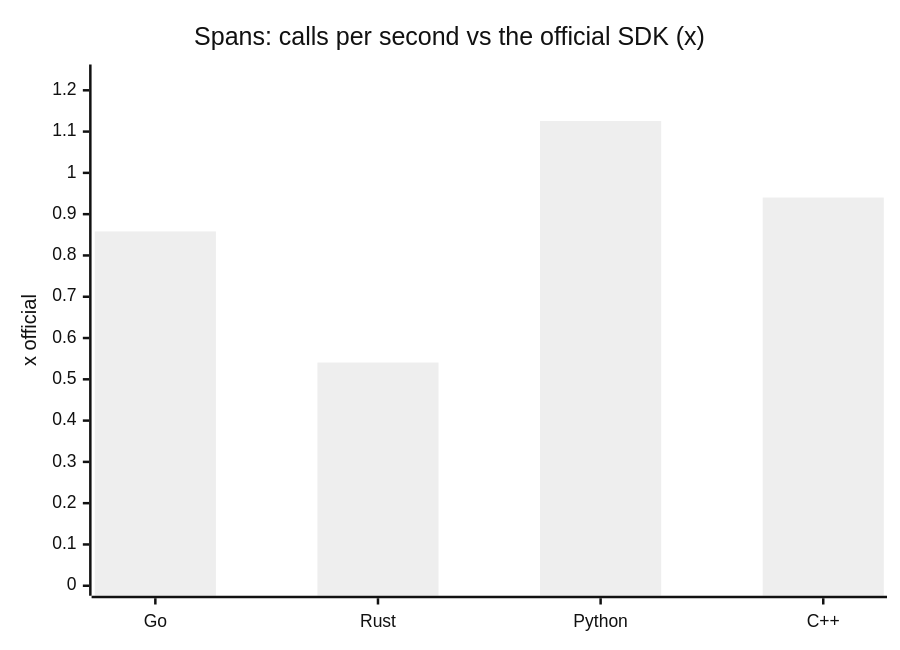
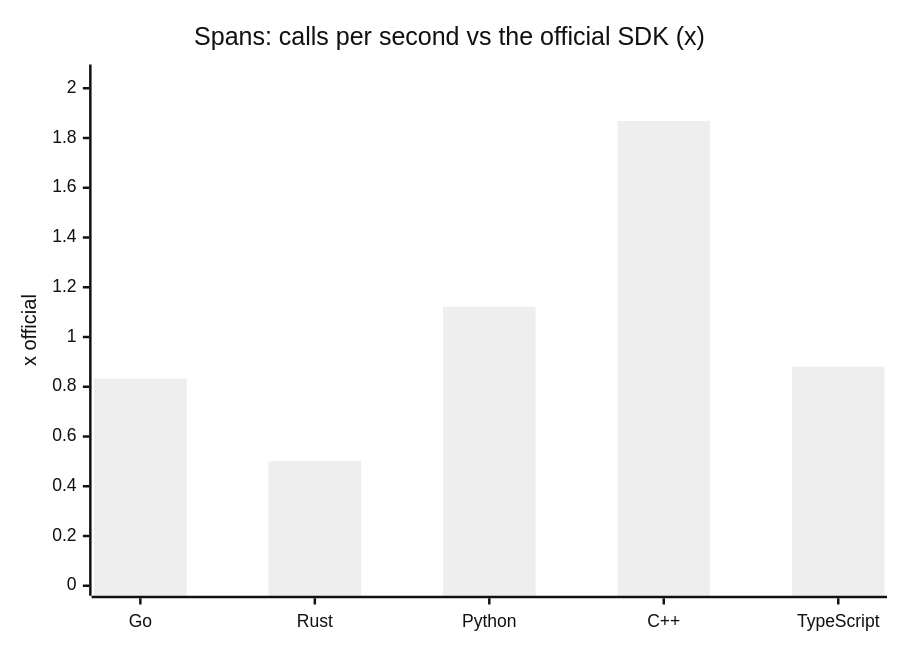
One commit to the-protobuf-project/telemetry changed the eighth of 24 diagrams in docs/benchmark.md. Above: the diagram before and after it, drawn with Mermaid (neutral theme). The commit also changed other lines of this file and 4 other files, not shown here.

First line of the commit message:
TypeScript SDK benchmarks, and fix lint on main (#12)

````diff
--- a/docs/benchmark.md
+++ b/docs/benchmark.md
@@ -95,7 +95,7 @@
 ```mermaid
 xychart-beta
     title "Spans: calls per second vs the official SDK (x)"
-    x-axis ["Go", "Rust", "Python", "C++"]
-    y-axis "x official" 0 --> 1.23828
-    bar [0.858211, 0.540658, 1.12571, 0.940269]
+    x-axis ["Go", "Rust", "Python", "C++", "TypeScript"]
+    y-axis "x official" 0 --> 2.05531
+    bar [0.832922, 0.501093, 1.12133, 1.86846, 0.881173]
 ```
````
